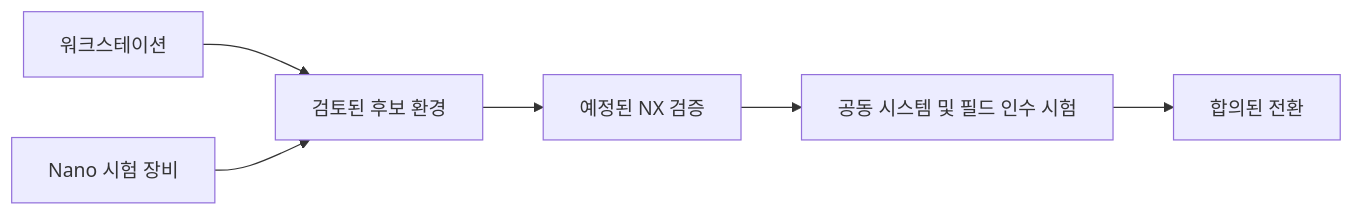
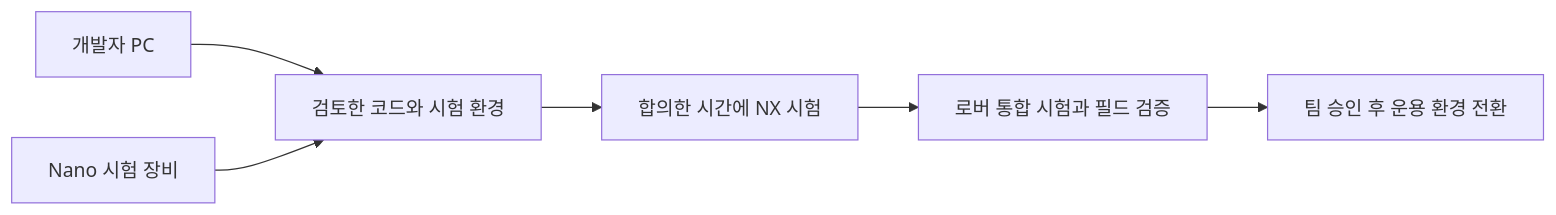
One commit to URC-kaist/docs changed the diagram in content/docs/global-update-project/ko/workflow.md. Above: the diagram before and after it, drawn with Mermaid. The commit also changed other lines of this file and 10 other files, not shown here.

```diff
--- a/content/docs/global-update-project/ko/workflow.md
+++ b/content/docs/global-update-project/ko/workflow.md
@@ -15,8 +16,8 @@
 {{< mermaid >}}
 flowchart LR
-    W[워크스테이션] --> C[검토된 후보 환경]
+    W[개발자 PC] --> C[검토한 코드와 시험 환경]
     N[Nano 시험 장비] --> C
-    C --> Q[예정된 NX 검증]
-    Q --> F[공동 시스템 및 필드 인수 시험]
-    F --> R[합의된 전환]
+    C --> Q[합의한 시간에 NX 시험]
+    Q --> F[로버 통합 시험과 필드 검증]
+    F --> R[팀 승인 후 운용 환경 전환]
 {{< /mermaid >}}
```
